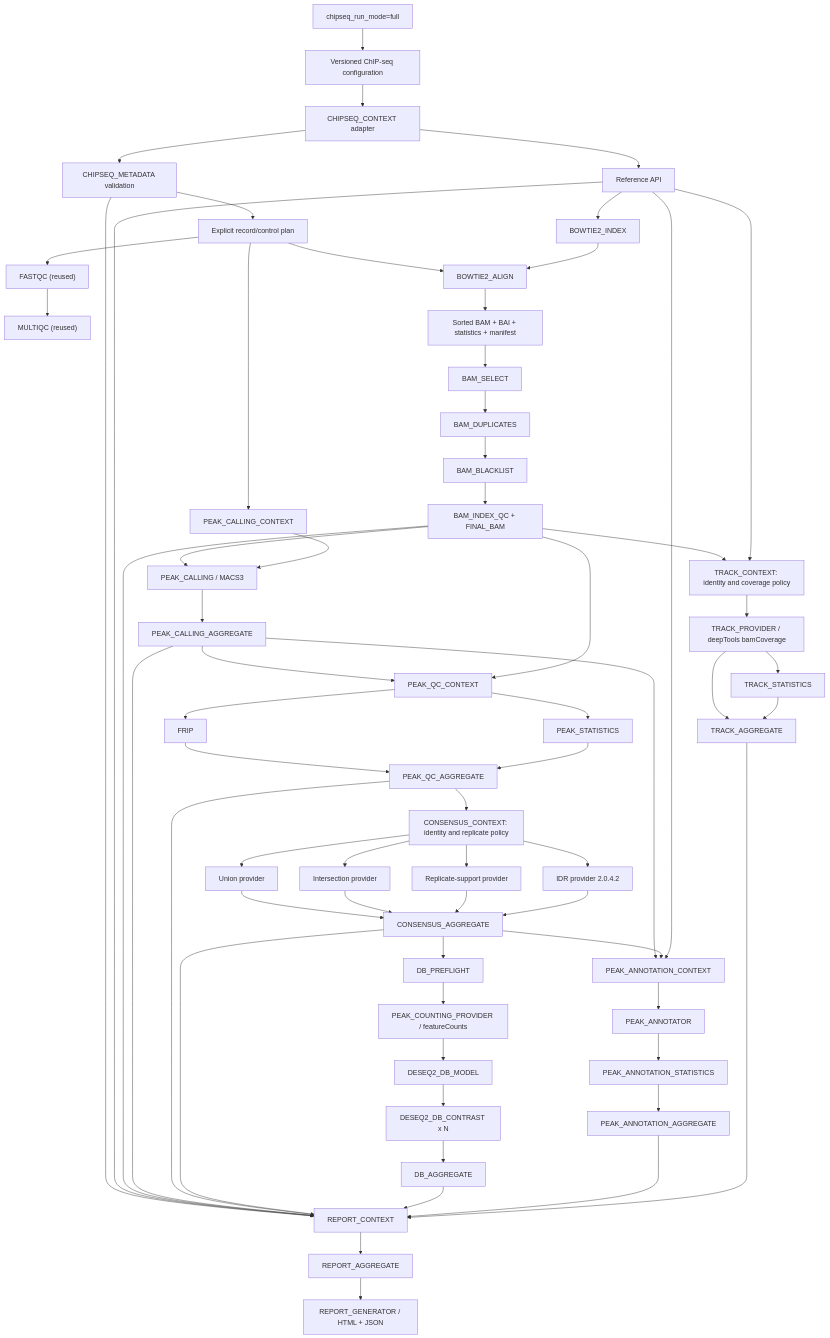
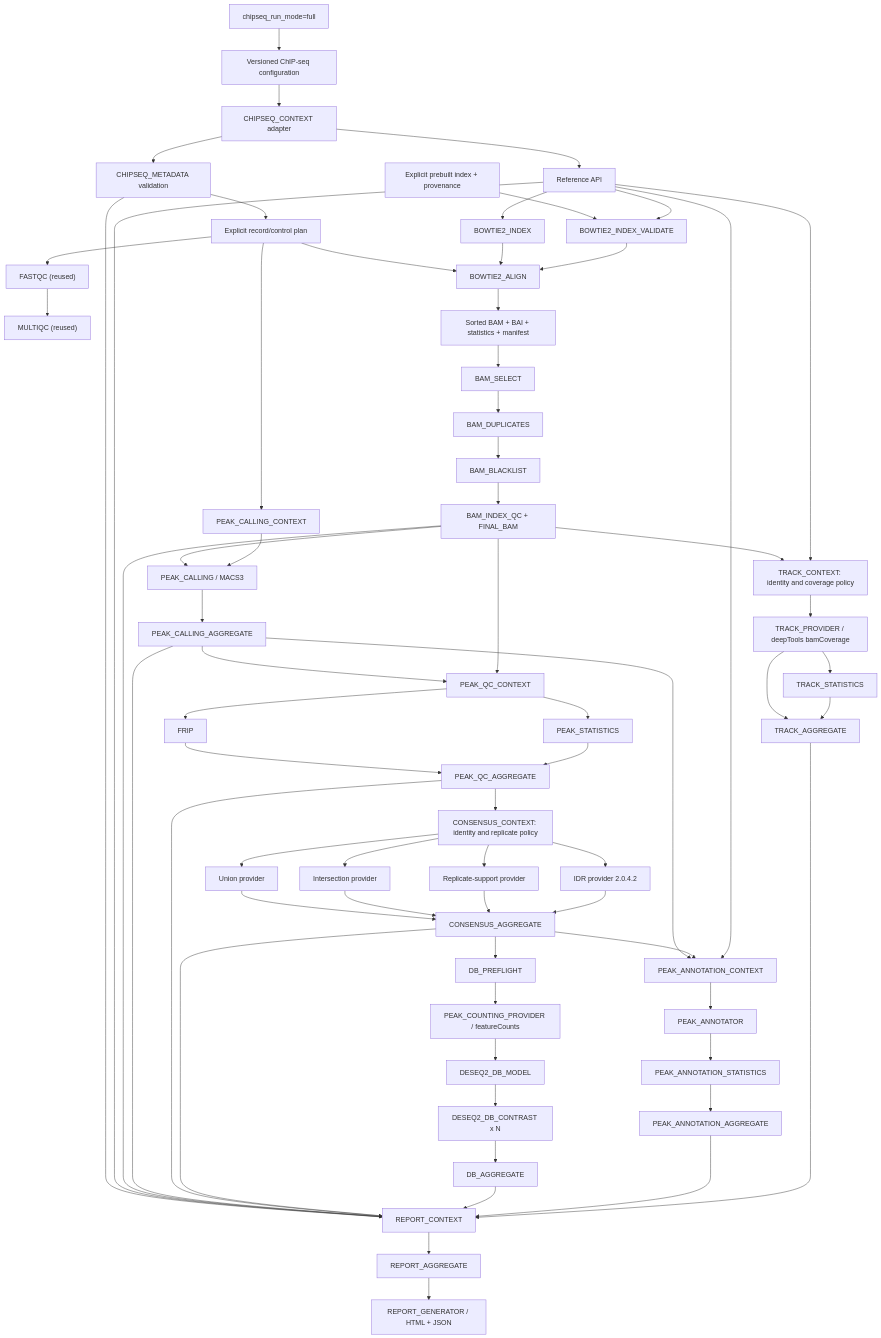
The diagram in docs/architecture/chipseq-architecture.md (GMiguelAlves/HelixForge), drawn with Mermaid before and after one commit. The commit also changed other lines of this file and 8 other files, not shown here.

````diff
--- a/docs/architecture/chipseq-architecture.md
+++ b/docs/architecture/chipseq-architecture.md
@@ -7,70 +7,73 @@
 ```mermaid
 flowchart TD
     CFG["Versioned ChIP-seq configuration"] --> CTX["CHIPSEQ_CONTEXT adapter"]
     CTX --> META["CHIPSEQ_METADATA validation"]
     META --> PLAN["Explicit record/control plan"]
     PLAN --> FQ["FASTQC (reused)"]
     FQ --> MQ["MULTIQC (reused)"]
     CTX --> REF["Reference API"]
     REF --> BI["BOWTIE2_INDEX"]
+    EXT["Explicit prebuilt index + provenance"] --> BV["BOWTIE2_INDEX_VALIDATE"]
+    REF --> BV
     PLAN --> BA["BOWTIE2_ALIGN"]
     BI --> BA
+    BV --> BA
     BA --> BAM["Sorted BAM + BAI + statistics + manifest"]
 
     BAM --> SEL["BAM_SELECT"]
     SEL --> DUP["BAM_DUPLICATES"]
     DUP --> BL["BAM_BLACKLIST"]
     BL --> FINAL["BAM_INDEX_QC + FINAL_BAM"]
     PLAN --> PCTX["PEAK_CALLING_CONTEXT"]
     FINAL --> PC["PEAK_CALLING / MACS3"]
     PCTX --> PC
     PC --> PAGG["PEAK_CALLING_AGGREGATE"]
     PAGG --> PQC["PEAK_QC_CONTEXT"]
     FINAL --> PQC
     PQC --> FRIP["FRIP"]
     PQC --> PSTAT["PEAK_STATISTICS"]
     FRIP --> QAGG["PEAK_QC_AGGREGATE"]
     PSTAT --> QAGG
     QAGG --> CCTX["CONSENSUS_CONTEXT: identity and replicate policy"]
     CCTX --> UNION["Union provider"]
     CCTX --> INTER["Intersection provider"]
     CCTX --> SUPPORT["Replicate-support provider"]
     CCTX --> IDR["IDR provider 2.0.4.2"]
     UNION --> CAGG["CONSENSUS_AGGREGATE"]
     INTER --> CAGG
     SUPPORT --> CAGG
     IDR --> CAGG
     CAGG --> DBP["DB_PREFLIGHT"]
     DBP --> COUNT["PEAK_COUNTING_PROVIDER / featureCounts"]
     COUNT --> DBM["DESEQ2_DB_MODEL"]
     DBM --> DBC["DESEQ2_DB_CONTRAST x N"]
     DBC --> DBA["DB_AGGREGATE"]
 
     PAGG --> ACTX["PEAK_ANNOTATION_CONTEXT"]
     CAGG --> ACTX
     REF --> ACTX
     ACTX --> ANNO["PEAK_ANNOTATOR"]
     ANNO --> ASTAT["PEAK_ANNOTATION_STATISTICS"]
     ASTAT --> AAGG["PEAK_ANNOTATION_AGGREGATE"]
 
     FINAL --> TCTX["TRACK_CONTEXT: identity and coverage policy"]
     REF --> TCTX
     TCTX --> TPROV["TRACK_PROVIDER / deepTools bamCoverage"]
     TPROV --> TSTAT["TRACK_STATISTICS"]
     TPROV --> TAGG["TRACK_AGGREGATE"]
     TSTAT --> TAGG
 
     META --> RCTX["REPORT_CONTEXT"]
     REF --> RCTX
     FINAL --> RCTX
     PAGG --> RCTX
     QAGG --> RCTX
     CAGG --> RCTX
     DBA --> RCTX
     AAGG --> RCTX
     TAGG --> RCTX
     RCTX --> RAGG["REPORT_AGGREGATE"]
     RAGG --> RGEN["REPORT_GENERATOR / HTML + JSON"]
 
     FULL["chipseq_run_mode=full"] --> CFG
 ```
````
